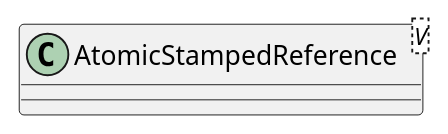
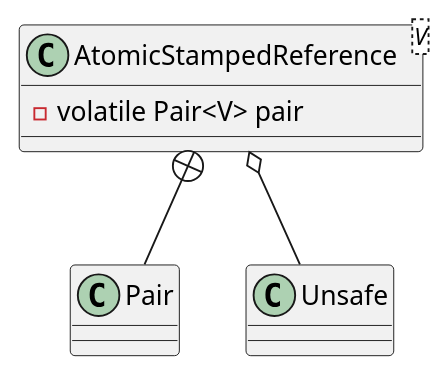
The diagram in 10-java/src/rt.jar.src/java/util/concurrent/atomic/AtomicStampedReference.md (onlyonion/development), drawn with PlantUML before and after one commit. The commit also changed other lines of this file and 5 other files, not shown here.

````diff
--- a/10-java/src/rt.jar.src/java/util/concurrent/atomic/AtomicStampedReference.md
+++ b/10-java/src/rt.jar.src/java/util/concurrent/atomic/AtomicStampedReference.md
@@ -7,9 +7,14 @@
 ```plantuml
 @startuml
 
 class AtomicStampedReference<V> {
+    - volatile Pair<V> pair
+}
 
-}
+AtomicStampedReference +-- Pair
+AtomicStampedReference o-- Unsafe
+
+class Unsafe
 
 @enduml
 ```
````
